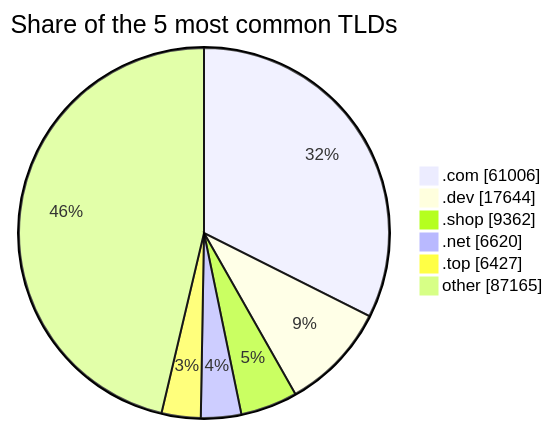
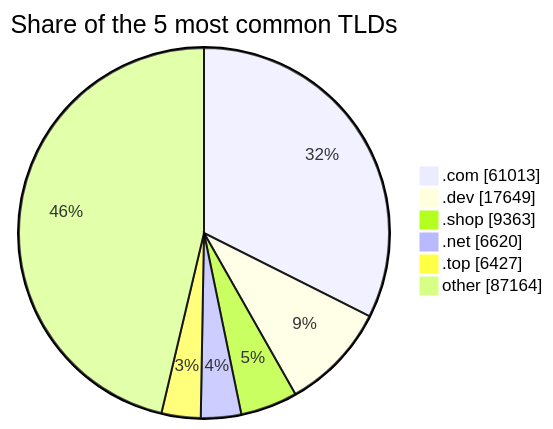
Before and after one commit to DNSBunker/CTI: the third of 3 diagrams in README.md, drawn with Mermaid. The commit also changed other lines of this file and 3 other files, not shown here.

````diff
--- a/README.md
+++ b/README.md
@@ -81,9 +81,9 @@
 ```mermaid
 pie showData title Share of the 5 most common TLDs
-    ".com" : 61006
-    ".dev" : 17644
-    ".shop" : 9362
+    ".com" : 61013
+    ".dev" : 17649
+    ".shop" : 9363
     ".net" : 6620
     ".top" : 6427
-    "other" : 87165
+    "other" : 87164
 ```
````
